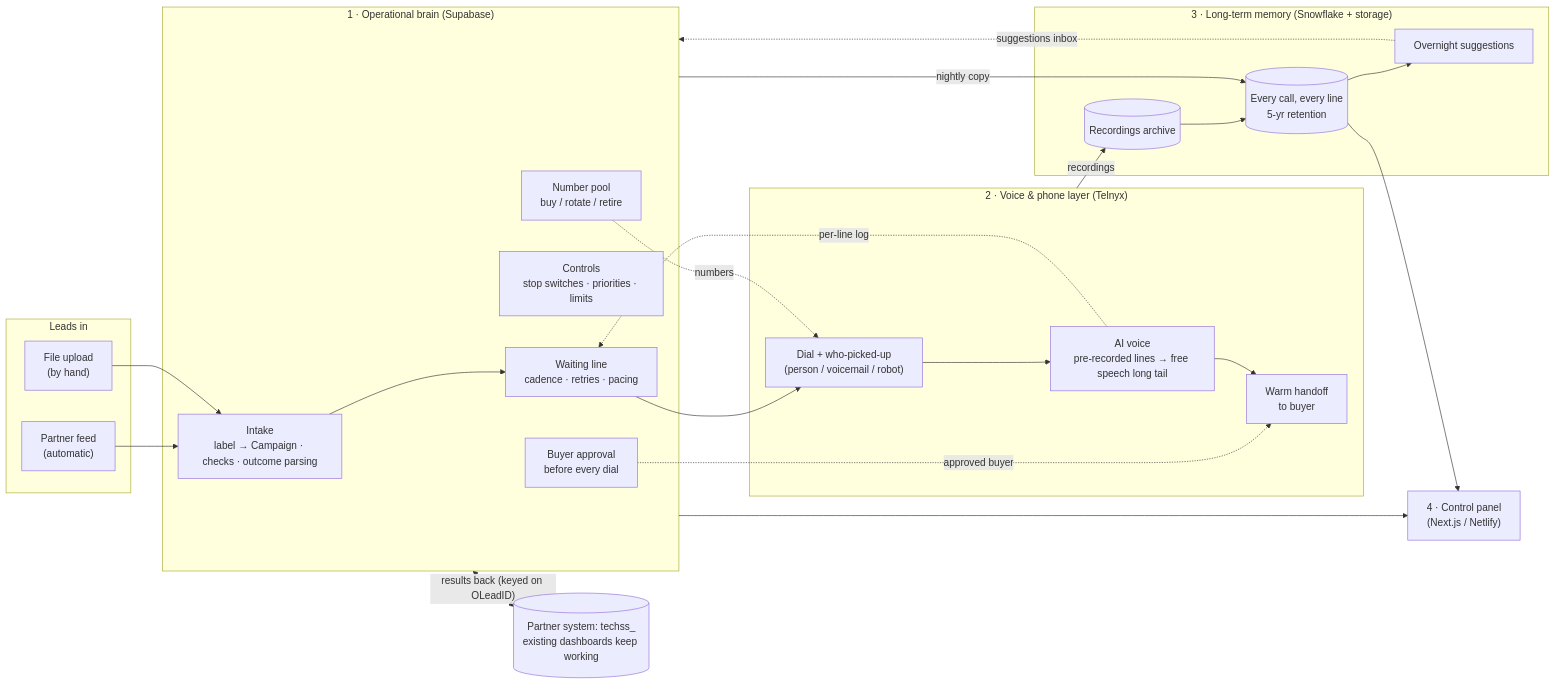
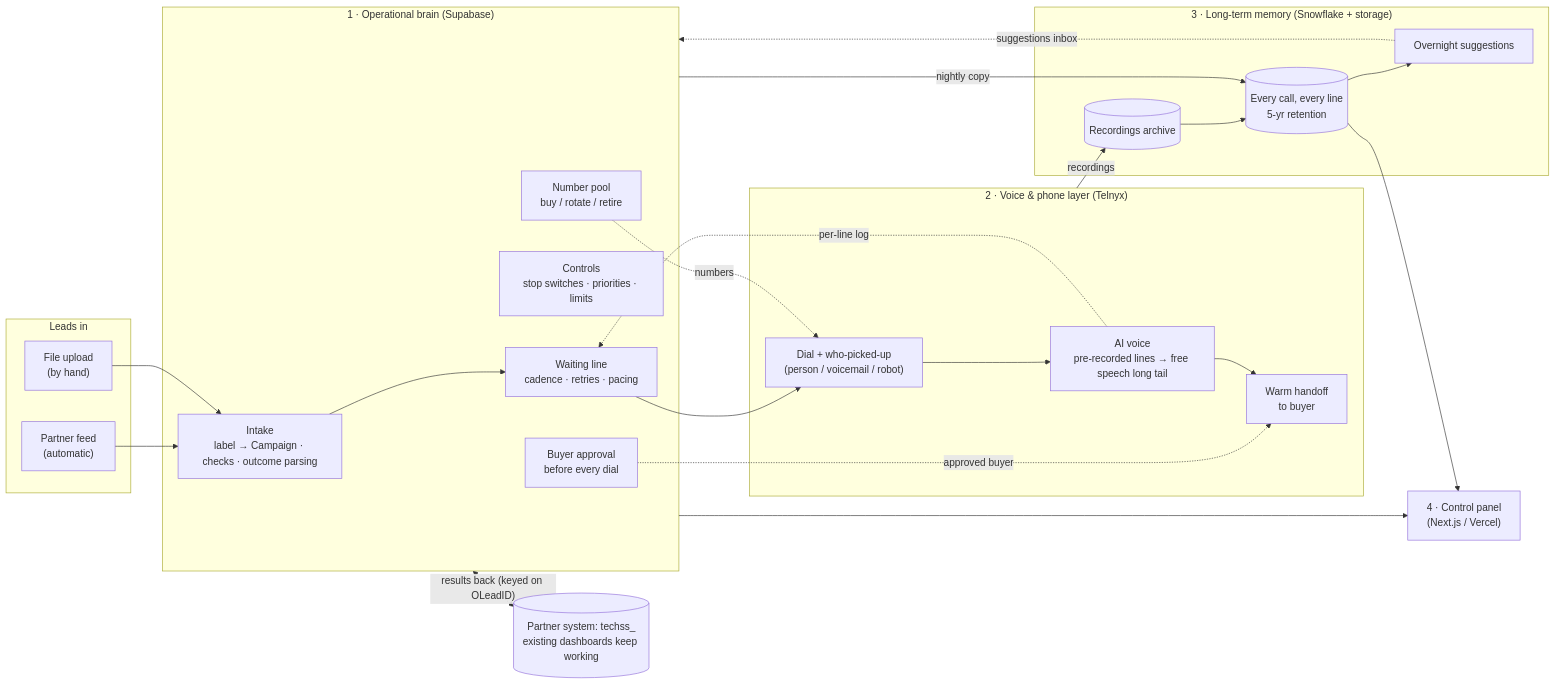
One commit to piermadsen-blcalls/fivestrata-dialer changed the third of 3 diagrams in docs/PRD.md. Above: the diagram before and after it, drawn with Mermaid. The commit also changed other lines of this file and 2 other files, not shown here.

Commit message:
Control panel (W8) scoped + pulled forward: Vercel build, tenant backbone first (Sean 8/14, AutoWeb demand)

````diff
--- a/docs/PRD.md
+++ b/docs/PRD.md
@@ -333,47 +335,47 @@
 ```mermaid
 flowchart LR
   subgraph IN["Leads in"]
     LC["Partner feed<br/>(automatic)"]
     UP["File upload<br/>(by hand)"]
   end
 
   subgraph BRAIN["1 · Operational brain (Supabase)"]
     API["Intake<br/>label → Campaign · checks · outcome parsing"]
     Q["Waiting line<br/>cadence · retries · pacing"]
     DIDM["Number pool<br/>buy / rotate / retire"]
     CSEL["Buyer approval<br/>before every dial"]
     CTRL["Controls<br/>stop switches · priorities · limits"]
   end
 
   subgraph CALL["2 · Voice & phone layer (Telnyx)"]
     DIAL["Dial + who-picked-up<br/>(person / voicemail / robot)"]
     AGENT["AI voice<br/>pre-recorded lines → free speech long tail"]
     XFER["Warm handoff<br/>to buyer"]
   end
 
   subgraph DATA["3 · Long-term memory (Snowflake + storage)"]
     SF[("Every call, every line<br/>5-yr retention")]
     REC[("Recordings archive")]
     SUG["Overnight suggestions"]
   end
 
-  UI["4 · Control panel<br/>(Next.js / Netlify)"]
+  UI["4 · Control panel<br/>(Next.js / Vercel)"]
 
   LC --> API
   UP --> API
   API --> Q
   Q --> DIAL
   DIDM -.numbers.-> DIAL
   DIAL --> AGENT
   CSEL -.approved buyer.-> XFER
   AGENT --> XFER
   AGENT -. per-line log .-> Q
   BRAIN -- nightly copy --> SF
   CALL -- recordings --> REC
   REC --> SF
   SF --> SUG
   SUG -. suggestions inbox .-> BRAIN
   BRAIN --> UI
   SF --> UI
   BRAIN <-. results back (keyed on OLeadID) .-> TECHSS[("Partner system: techss_<br/>existing dashboards keep working")]
 ```
````
